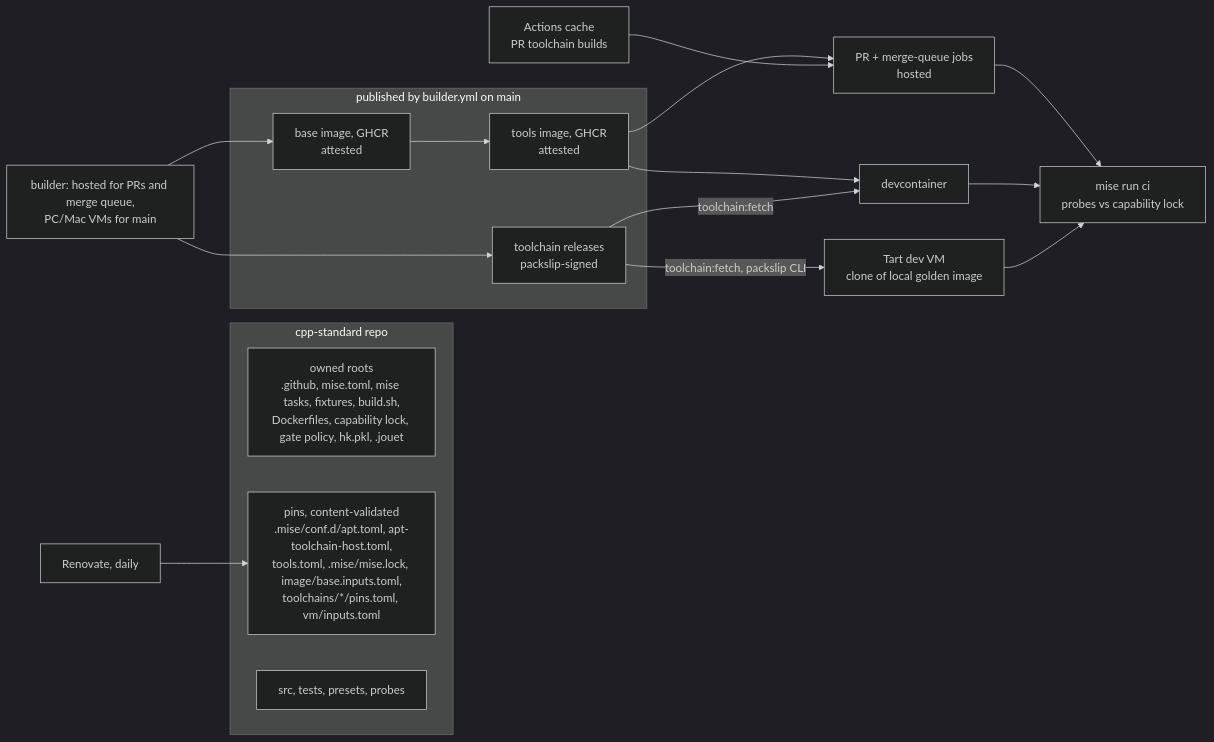
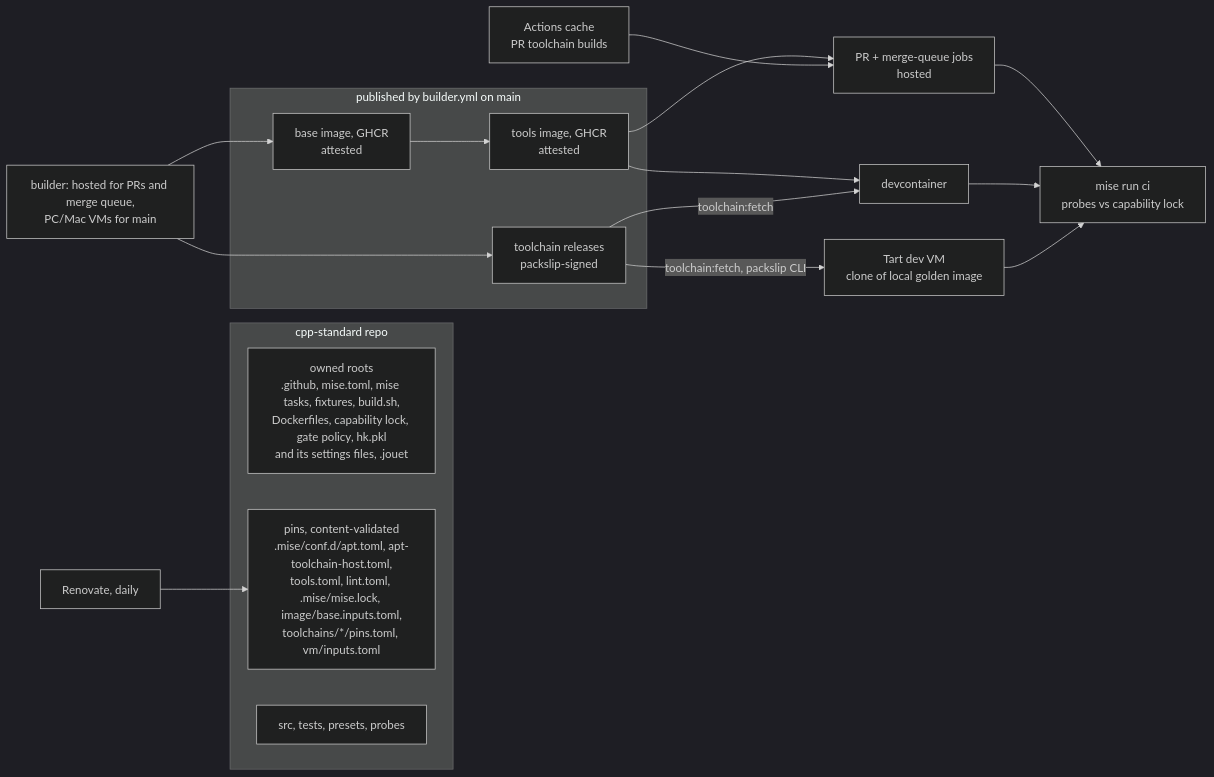
The first of 2 diagrams in docs/designs/environment-standard.md (ray-manaloto/cpp-standard), drawn with Mermaid (dark theme) before and after one commit. The commit also changed other lines of this file and 19 other files, not shown here.

First line of the commit message:
Add the hk lint gate: hk builtins on pre-commit, mise run check and CI (#15)

````diff
--- a/docs/designs/environment-standard.md
+++ b/docs/designs/environment-standard.md
@@ -350,25 +352,25 @@
 ```mermaid
 flowchart LR
   subgraph repo[cpp-standard repo]
-    OWN[owned roots<br/>.github, mise.toml, mise tasks, fixtures, build.sh,<br/>Dockerfiles, capability lock, gate policy, hk.pkl, .jouet]
-    PINS[pins, content-validated<br/>.mise/conf.d/apt.toml, apt-toolchain-host.toml,<br/>tools.toml, .mise/mise.lock, image/base.inputs.toml,<br/>toolchains/*/pins.toml, vm/inputs.toml]
+    OWN[owned roots<br/>.github, mise.toml, mise tasks, fixtures, build.sh,<br/>Dockerfiles, capability lock, gate policy, hk.pkl<br/>and its settings files, .jouet]
+    PINS[pins, content-validated<br/>.mise/conf.d/apt.toml, apt-toolchain-host.toml,<br/>tools.toml, lint.toml, .mise/mise.lock, image/base.inputs.toml,<br/>toolchains/*/pins.toml, vm/inputs.toml]
     CODE[src, tests, presets, probes]
   end
   subgraph out[published by builder.yml on main]
     TA[toolchain releases<br/>packslip-signed]
     BASE[base image, GHCR<br/>attested]
     TOOLS[tools image, GHCR<br/>attested]
   end
   BUILDER[builder: hosted for PRs and merge queue,<br/>PC/Mac VMs for main] --> TA
   BUILDER --> BASE --> TOOLS
   TOOLS --> JOB[PR + merge-queue jobs<br/>hosted]
   CACHE[Actions cache<br/>PR toolchain builds] --> JOB
   TA -->|toolchain:fetch, packslip CLI| VM
   TOOLS --> DC[devcontainer]
   TA -->|toolchain:fetch| DC
   VM[Tart dev VM<br/>clone of local golden image]
   JOB --> CI[mise run ci<br/>probes vs capability lock]
   DC --> CI
   VM --> CI
   REN[Renovate, daily] --> PINS
 ```
````
